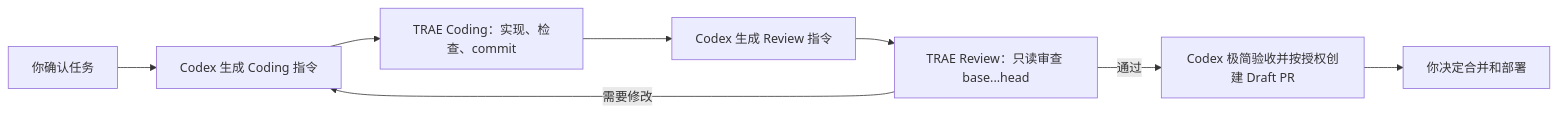
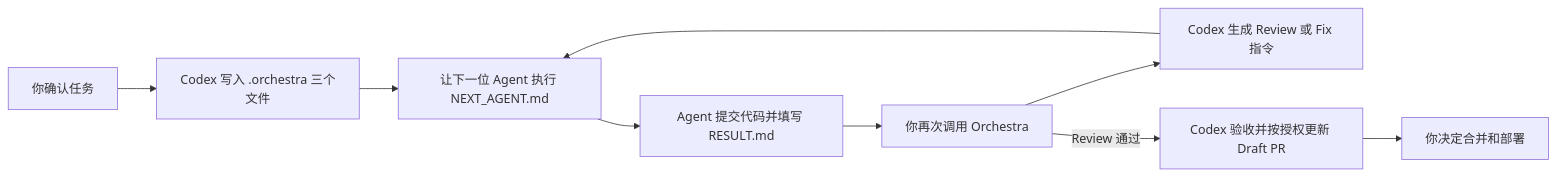
Before and after one commit to Stramboo/orchestra: the diagram in README.md, drawn with Mermaid. The commit also changed other lines of this file and 6 other files, not shown here.

````diff
--- a/README.md
+++ b/README.md
@@ -9,10 +9,11 @@
 ```mermaid
 flowchart LR
-    A["你确认任务"] --> B["Codex 生成 Coding 指令"]
-    B --> C["TRAE Coding：实现、检查、commit"]
-    C --> D["Codex 生成 Review 指令"]
-    D --> E["TRAE Review：只读审查 base...head"]
-    E -->|"需要修改"| B
-    E -->|"通过"| F["Codex 极简验收并按授权创建 Draft PR"]
-    F --> G["你决定合并和部署"]
+    A["你确认任务"] --> B["Codex 写入 .orchestra 三个文件"]
+    B --> C["让下一位 Agent 执行 NEXT_AGENT.md"]
+    C --> D["Agent 提交代码并填写 RESULT.md"]
+    D --> E["你再次调用 Orchestra"]
+    E --> F["Codex 生成 Review 或 Fix 指令"]
+    F --> C
+    E -->|"Review 通过"| G["Codex 验收并按授权更新 Draft PR"]
+    G --> H["你决定合并和部署"]
 ```
````
